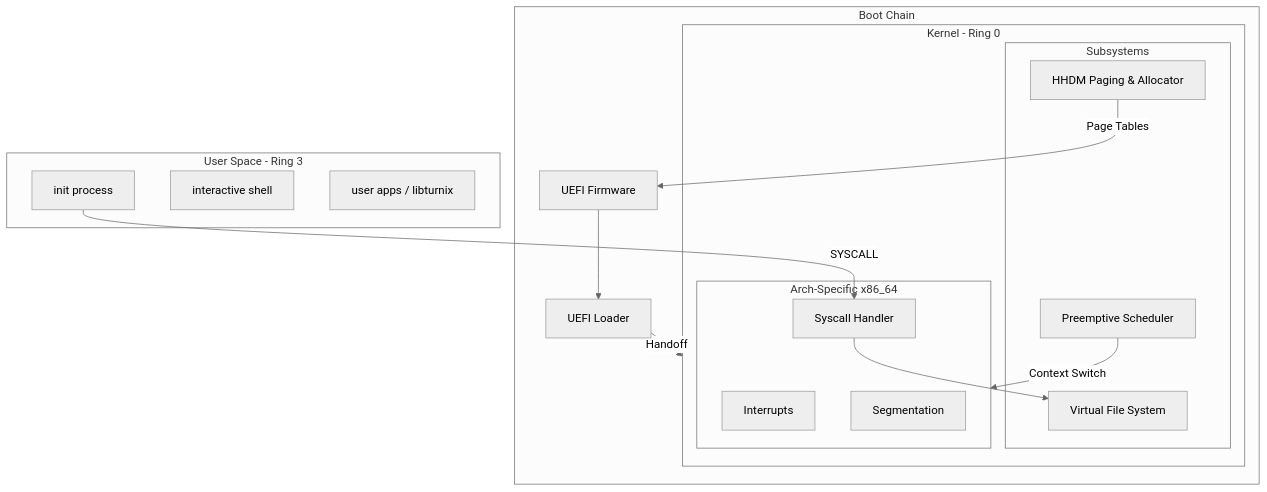
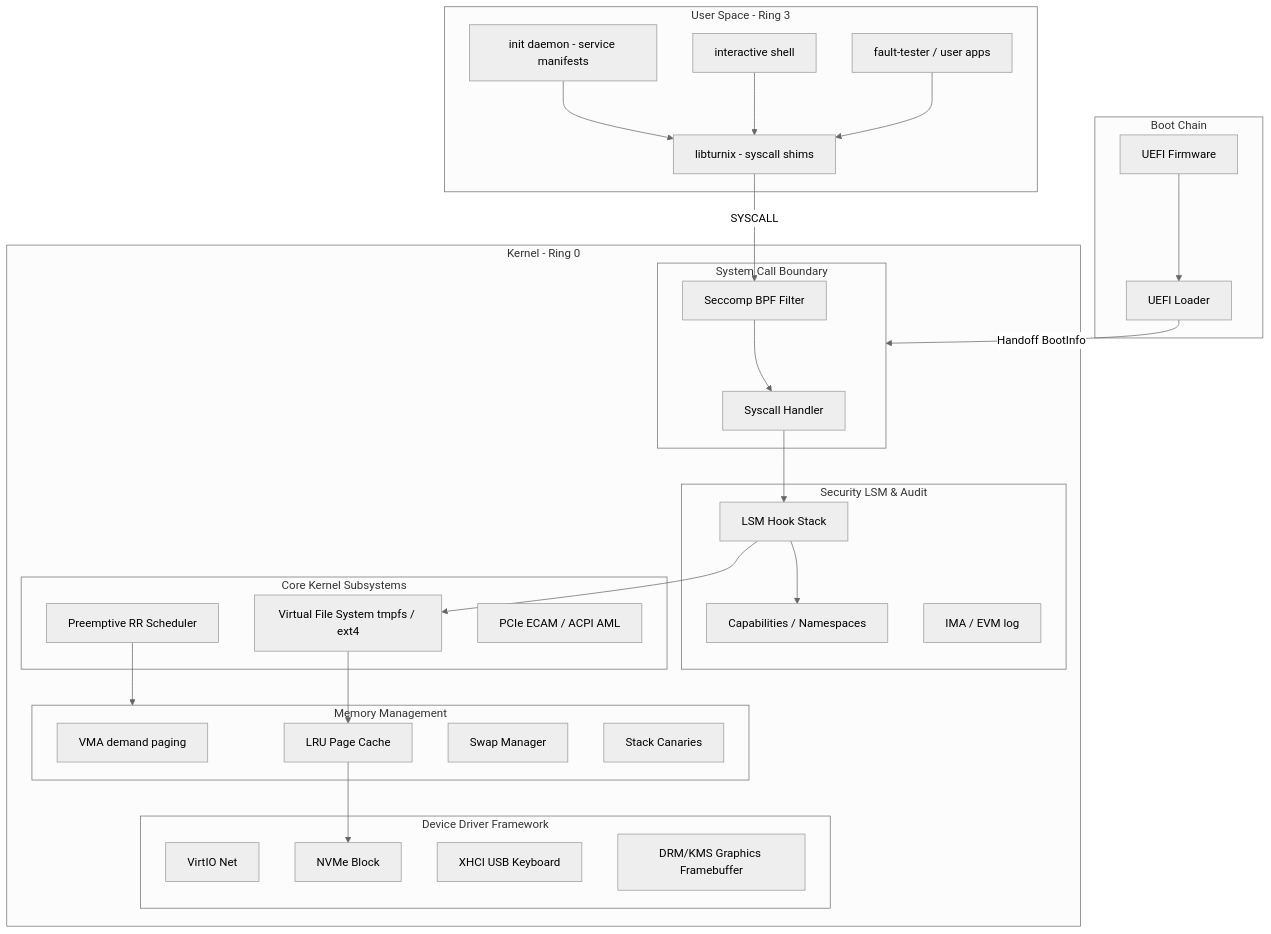
The diagram in README.md (uttampaliwal/NewOS), drawn with Mermaid (neutral theme) before and after one commit. The commit also changed other lines of this file and 3 other files, not shown here.

Commit message:
docs: rewrite project documentation and roadmap to reflect current development state

````diff
--- a/README.md
+++ b/README.md
@@ -16,31 +40,55 @@
 ```mermaid
 graph TD
     subgraph Userland [User Space - Ring 3]
-        Init[init process]
+        Init[init daemon - service manifests]
         Shell[interactive shell]
-        App[user apps / libturnix]
+        Tester[fault-tester / user apps]
+        Libturnix[libturnix - syscall shims]
     end
 
     subgraph Kernel [Kernel - Ring 0]
-        subgraph Subsystems
-            Sched[Preemptive Scheduler]
-            VFS[Virtual File System]
-            Mem[HHDM Paging & Allocator]
+        subgraph Syscall [System Call Boundary]
+            Handler[Syscall Handler]
+            Seccomp[Seccomp BPF Filter]
         end
-        subgraph Arch [Arch-Specific x86_64]
-            IDT[Interrupts]
-            GDT[Segmentation]
-            Sys[Syscall Handler]
+        subgraph Security [Security LSM & Audit]
+            LsmStack[LSM Hook Stack]
+            Caps[Capabilities / Namespaces]
+            Ima[IMA / EVM log]
+        end
+        subgraph Memory [Memory Management]
+            Vma[VMA demand paging]
+            Cache[LRU Page Cache]
+            Swap[Swap Manager]
+            Canary[Stack Canaries]
+        end
+        subgraph Subsystems [Core Kernel Subsystems]
+            Sched[Preemptive RR Scheduler]
+            VFS[Virtual File System tmpfs / ext4]
+            PCI[PCIe ECAM / ACPI AML]
+        end
+        subgraph Drivers [Device Driver Framework]
+            Virtio[VirtIO Net]
+            Nvme[NVMe Block]
+            Xhci[XHCI USB Keyboard]
+            Gpu[DRM/KMS Graphics Framebuffer]
         end
     end
 
     subgraph Boot [Boot Chain]
         UEFI[UEFI Firmware] --> Loader[UEFI Loader]
-        Loader --> |Handoff| Kernel
+        Loader --> |Handoff BootInfo| Syscall
     end
 
-    Init --> |SYSCALL| Sys
-    Sys --> VFS
-    Sched --> |Context Switch| Arch
-    Mem --> |Page Tables| UEFI
+    Init --> Libturnix
+    Shell --> Libturnix
+    Tester --> Libturnix
+    Libturnix --> |SYSCALL| Seccomp
+    Seccomp --> Handler
+    Handler --> LsmStack
+    LsmStack --> VFS
+    LsmStack --> Caps
+    Sched --> Memory
+    VFS --> Cache
+    Cache --> Nvme
 ```
````
